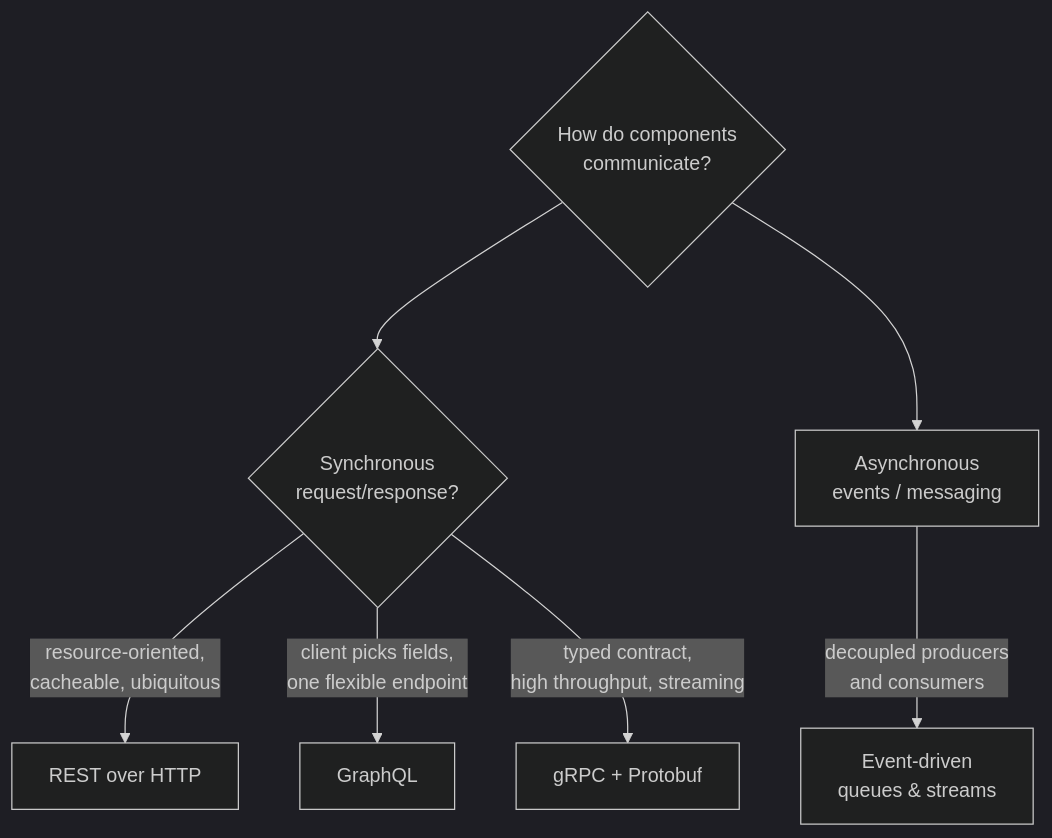
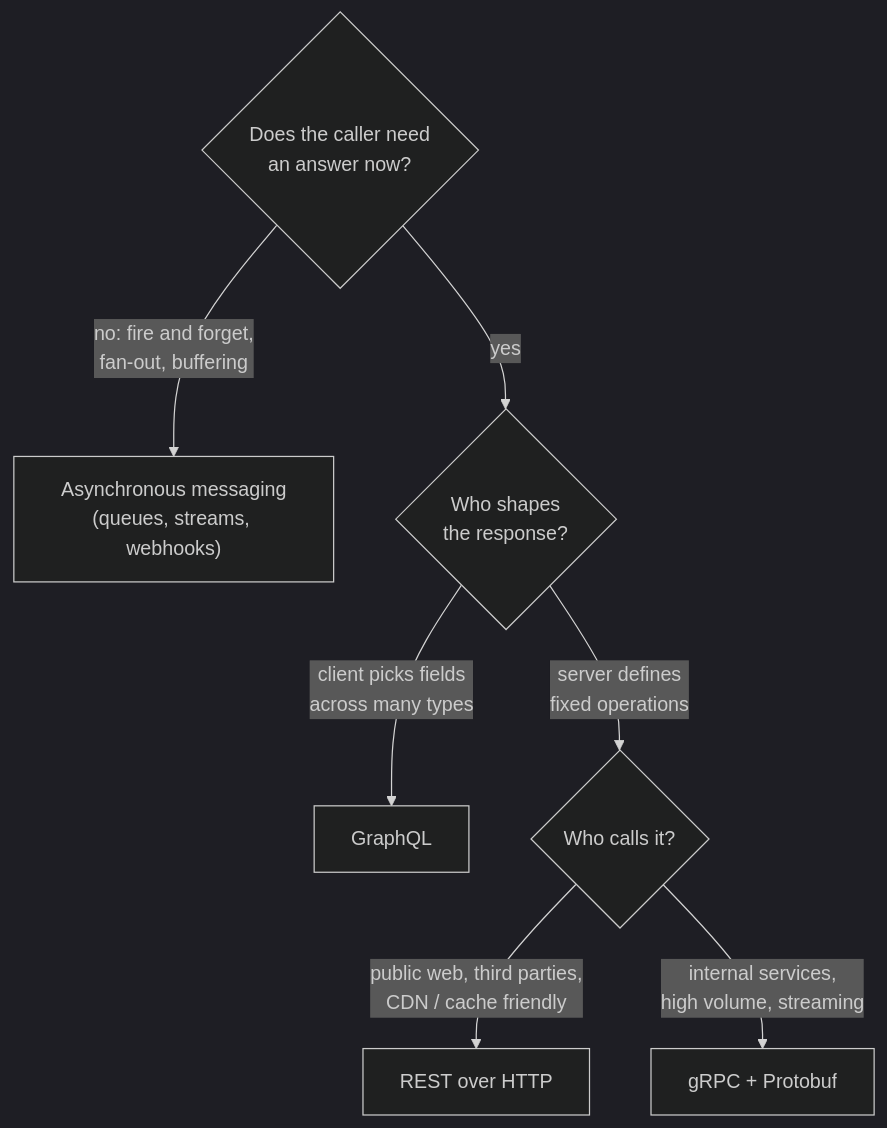
One commit to AndrewAltimit/Documentation changed the first of 2 diagrams in github-pages/docs/api-design/index.md. Above: the diagram before and after it, drawn with Mermaid (dark theme). The commit also changed other lines of this file and 240 other files, not shown here.

````diff
--- a/github-pages/docs/api-design/index.md
+++ b/github-pages/docs/api-design/index.md
@@ -33,9 +34,9 @@
 ```mermaid
 flowchart TD
-    Start{"How do components<br/>communicate?"} --> Sync{"Synchronous<br/>request/response?"}
-    Start --> Async["Asynchronous<br/>events / messaging"]
-    Sync -- "resource-oriented,<br/>cacheable, ubiquitous" --> REST["REST over HTTP"]
-    Sync -- "client picks fields,<br/>one flexible endpoint" --> GraphQL["GraphQL"]
-    Sync -- "typed contract,<br/>high throughput, streaming" --> gRPC["gRPC + Protobuf"]
-    Async -- "decoupled producers<br/>and consumers" --> Events["Event-driven<br/>queues & streams"]
+    Start{"Does the caller need<br/>an answer now?"} -- "no: fire and forget,<br/>fan-out, buffering" --> Events["Asynchronous messaging<br/>(queues, streams, webhooks)"]
+    Start -- yes --> Who{"Who shapes<br/>the response?"}
+    Who -- "client picks fields<br/>across many types" --> GraphQL["GraphQL"]
+    Who -- "server defines<br/>fixed operations" --> Where{"Who calls it?"}
+    Where -- "public web, third parties,<br/>CDN / cache friendly" --> REST["REST over HTTP"]
+    Where -- "internal services,<br/>high volume, streaming" --> gRPC["gRPC + Protobuf"]
 ```
````
